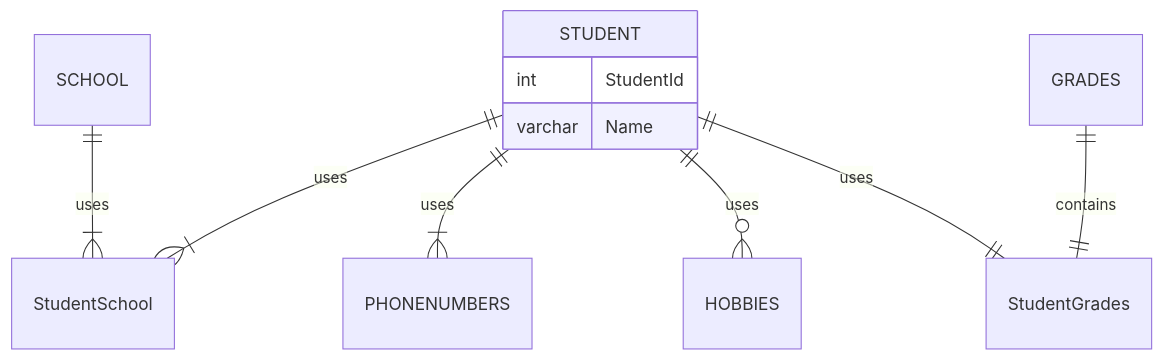
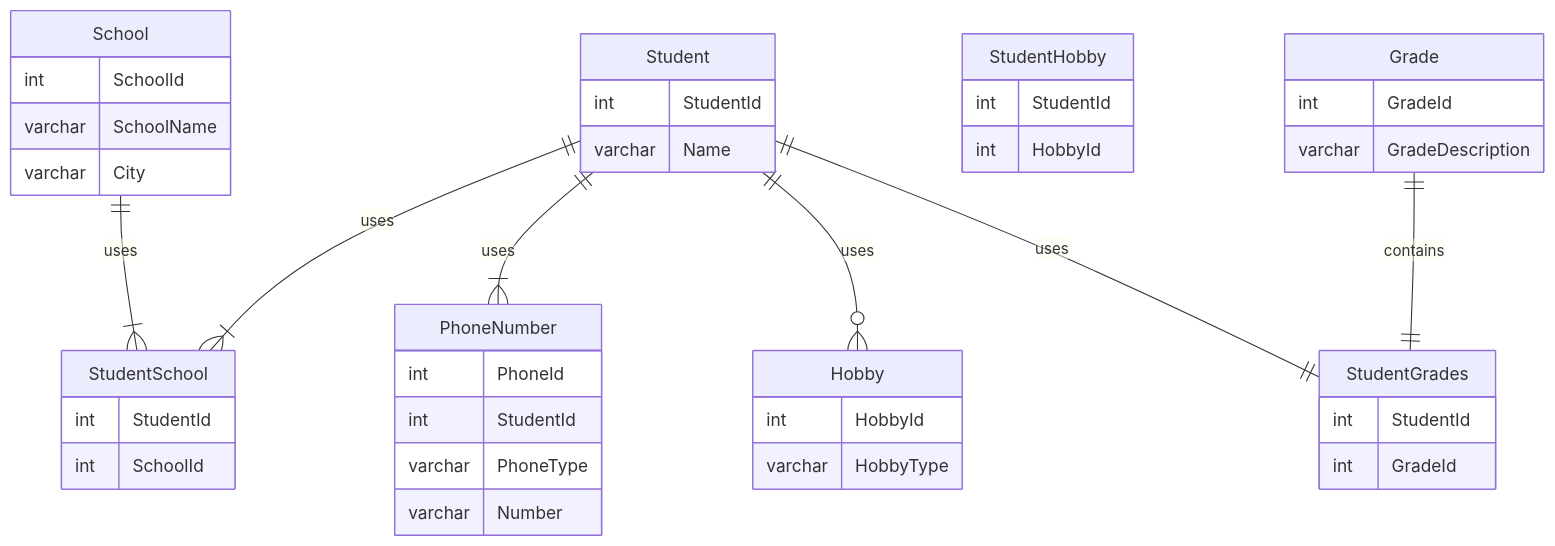
One commit to HannahDJU22/db2022-Projekt1 changed the diagram in README.md. Above: the diagram before and after it, drawn with Mermaid.

Commit message:
small update of naming in er-diagram

````diff
--- a/README.md
+++ b/README.md
@@ -6,13 +6,44 @@
 ```mermaid
 erDiagram
-STUDENT {
+Student {
 int StudentId
 varchar Name
 }
-STUDENT ||--|{ StudentSchool : uses
-SCHOOL ||--|{ StudentSchool : uses
-STUDENT ||--|{ PHONENUMBERS : uses
-STUDENT ||--o{ HOBBIES : uses
-STUDENT ||--|| StudentGrades : uses
-GRADES ||--|| StudentGrades : contains
+School {
+int SchoolId
+varchar SchoolName
+varchar City
+}
+StudentSchool{
+int StudentId
+int SchoolId
+}
+PhoneNumber{
+int PhoneId
+int StudentId
+varchar PhoneType
+varchar Number
+}
+Hobby{
+int HobbyId
+varchar HobbyType
+}
+StudentHobby{
+int StudentId
+int HobbyId
+}
+Grade{
+int GradeId
+varchar GradeDescription
+}
+StudentGrades{
+int StudentId
+int GradeId
+}
+Student ||--|{ StudentSchool : uses
+School ||--|{ StudentSchool : uses
+Student ||--|{ PhoneNumber : uses
+Student ||--o{ Hobby : uses
+Student ||--|| StudentGrades : uses
+Grade ||--|| StudentGrades : contains
 ```
````
